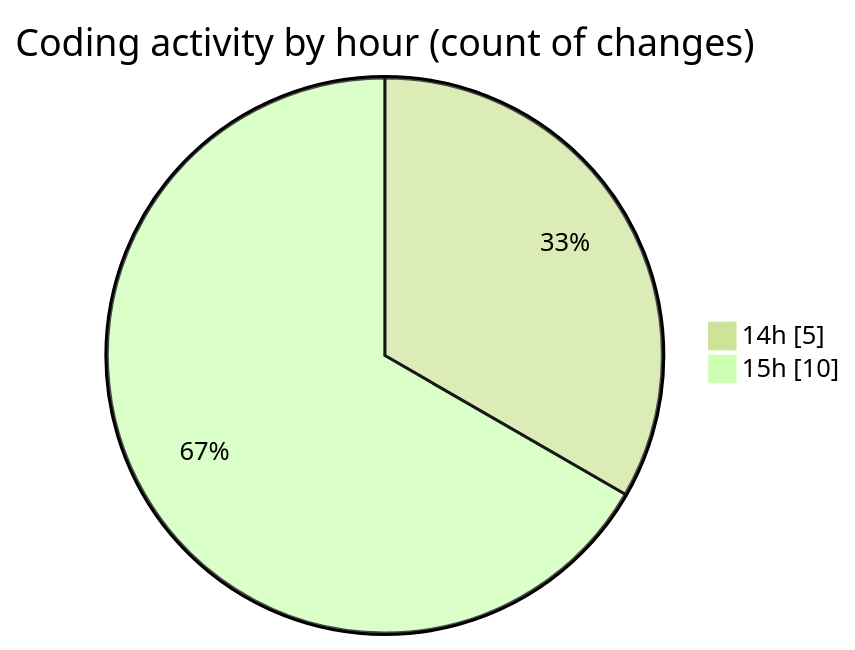
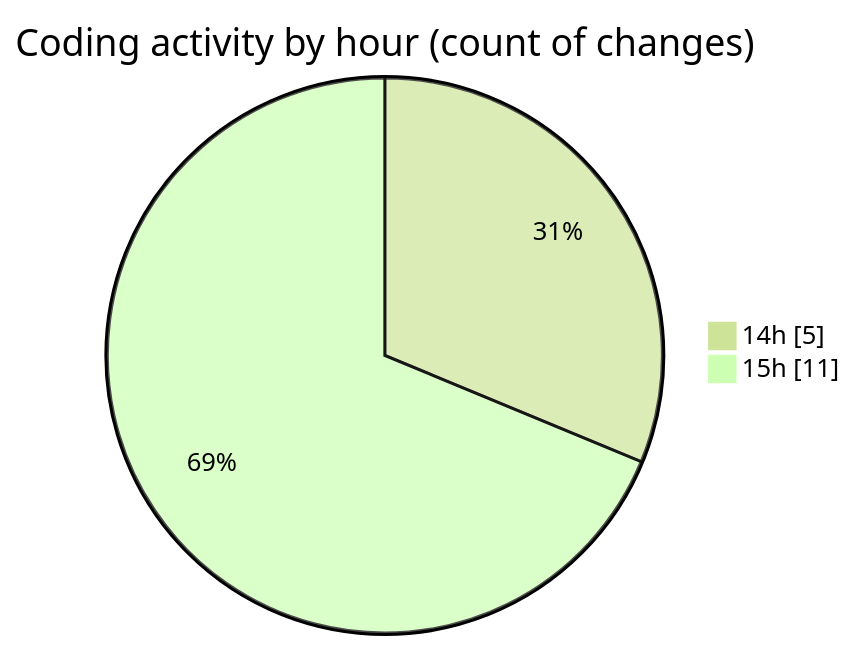
One commit to idhammustaqopulfikri/code-tracking changed the second of 2 diagrams in 2025-10-13/mencoba/README.md. Above: the diagram before and after it, drawn with Mermaid (forest theme). The commit also changed other lines of this file and 1 other file, not shown here.

````diff
--- a/2025-10-13/mencoba/README.md
+++ b/2025-10-13/mencoba/README.md
@@ -33,6 +33,6 @@
 ```mermaid
 pie showData
 title Coding activity by hour (count of changes)
 "14h" : 5
-"15h" : 10
+"15h" : 11
 ```
````
